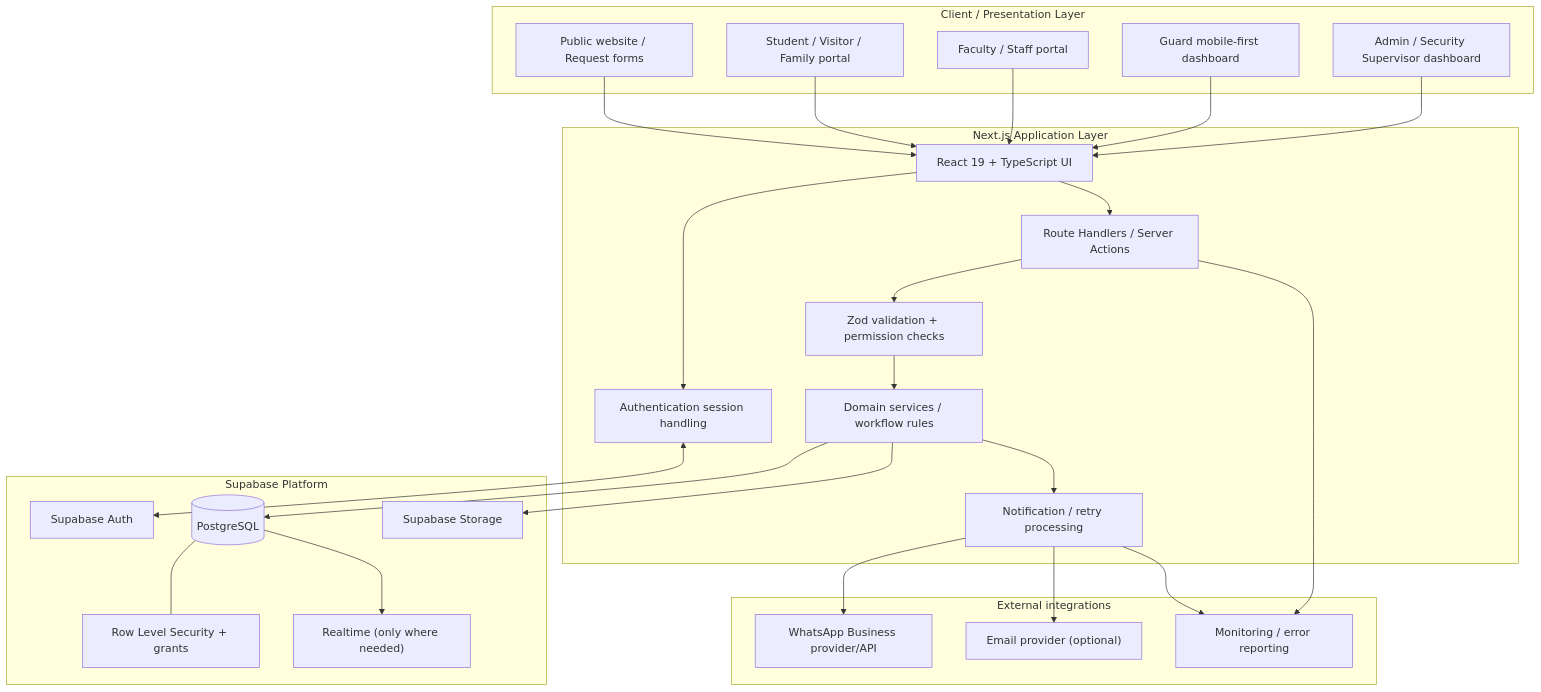
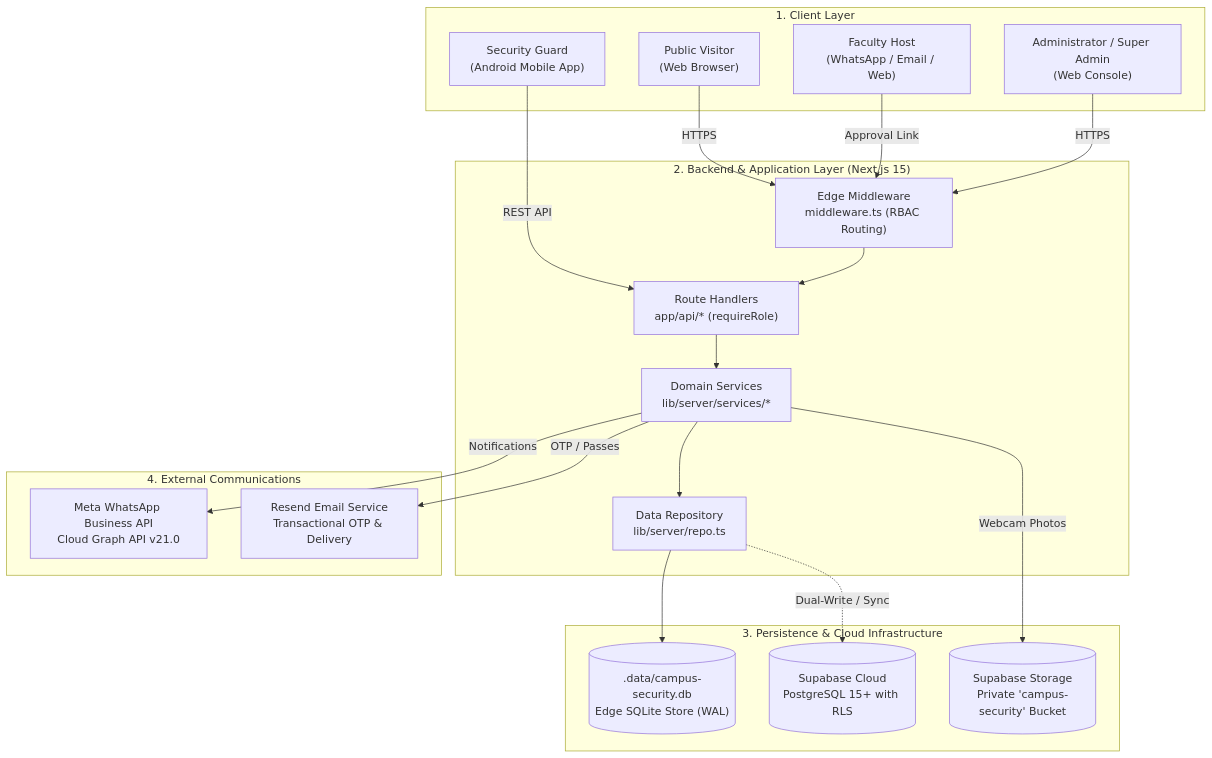
The diagram in SYSTEM_ARCHITECTURE.md (Nikhil6306/campus-security-Mng-system), drawn with Mermaid before and after one commit. The commit also changed other lines of this file and 25 other files, not shown here.

Commit message:
docs: complete campus security system documentation update

````diff
--- a/SYSTEM_ARCHITECTURE.md
+++ b/SYSTEM_ARCHITECTURE.md
@@ -76,52 +15,41 @@
-``` mermaid
-flowchart TB
-    subgraph Clients["Client / Presentation Layer"]
-      PUB["Public website / Request forms"]
-      USER["Student / Visitor / Family portal"]
-      FAC["Faculty / Staff portal"]
-      GUARD["Guard mobile-first dashboard"]
-      ADMIN["Admin / Security Supervisor dashboard"]
+```mermaid
+graph TD
+    subgraph Clients["1. Client Layer"]
+        PublicUser["Public Visitor<br/>(Web Browser)"]
+        FacultyUser["Faculty Host<br/>(WhatsApp / Email / Web)"]
+        GuardMobile["Security Guard<br/>(Android Mobile App)"]
+        AdminUser["Administrator / Super Admin<br/>(Web Console)"]
     end
 
-    subgraph APP["Next.js Application Layer"]
-      UI["React 19 + TypeScript UI"]
-      AUTH["Authentication session handling"]
-      API["Route Handlers / Server Actions"]
-      VALID["Zod validation + permission checks"]
-      SVC["Domain services / workflow rules"]
-      JOB["Notification / retry processing"]
+    subgraph Server["2. Backend & Application Layer (Next.js 15)"]
+        EdgeMiddleware["Edge Middleware<br/>middleware.ts (RBAC Routing)"]
+        API["Route Handlers<br/>app/api/* (requireRole)"]
+        Services["Domain Services<br/>lib/server/services/*"]
+        Repo["Data Repository<br/>lib/server/repo.ts"]
     end
 
-    subgraph DATA["Supabase Platform"]
-      SAUTH["Supabase Auth"]
-      DB[("PostgreSQL")]
-      RLS["Row Level Security + grants"]
-      STORE["Supabase Storage"]
-      RT["Realtime (only where needed)"]
+    subgraph Data["3. Persistence & Cloud Infrastructure"]
+        SQLite[(".data/campus-security.db<br/>Edge SQLite Store (WAL)")]
+        SupabaseDB[("Supabase Cloud<br/>PostgreSQL 15+ with RLS")]
+        SupabaseStorage[("Supabase Storage<br/>Private 'campus-security' Bucket")]
     end
 
-    subgraph EXT["External integrations"]
-      WA["WhatsApp Business provider/API"]
-      EMAIL["Email provider (optional)"]
-      OBS["Monitoring / error reporting"]
+    subgraph External["4. External Communications"]
+        MetaWhatsApp["Meta WhatsApp Business API<br/>Cloud Graph API v21.0"]
+        ResendEmail["Resend Email Service<br/>Transactional OTP & Delivery"]
     end
 
-    PUB --> UI
-    USER --> UI
-    FAC --> UI
-    GUARD --> UI
-    ADMIN --> UI
-    UI --> AUTH
-    AUTH <--> SAUTH
-    UI --> API
-    API --> VALID --> SVC
-    SVC --> DB
-    DB --- RLS
-    SVC --> STORE
-    DB --> RT
-    SVC --> JOB
-    JOB --> WA
-    JOB --> EMAIL
-    API --> OBS
-    JOB --> OBS
+    PublicUser -->|HTTPS| EdgeMiddleware
+    FacultyUser -->|Approval Link| EdgeMiddleware
+    AdminUser -->|HTTPS| EdgeMiddleware
+    GuardMobile -->|REST API| API
+
+    EdgeMiddleware --> API
+    API --> Services
+    Services --> Repo
+    Repo --> SQLite
+    Repo -.->|Dual-Write / Sync| SupabaseDB
+    Services -->|Webcam Photos| SupabaseStorage
+    Services -->|Notifications| MetaWhatsApp
+    Services -->|OTP / Passes| ResendEmail
 ```
````
